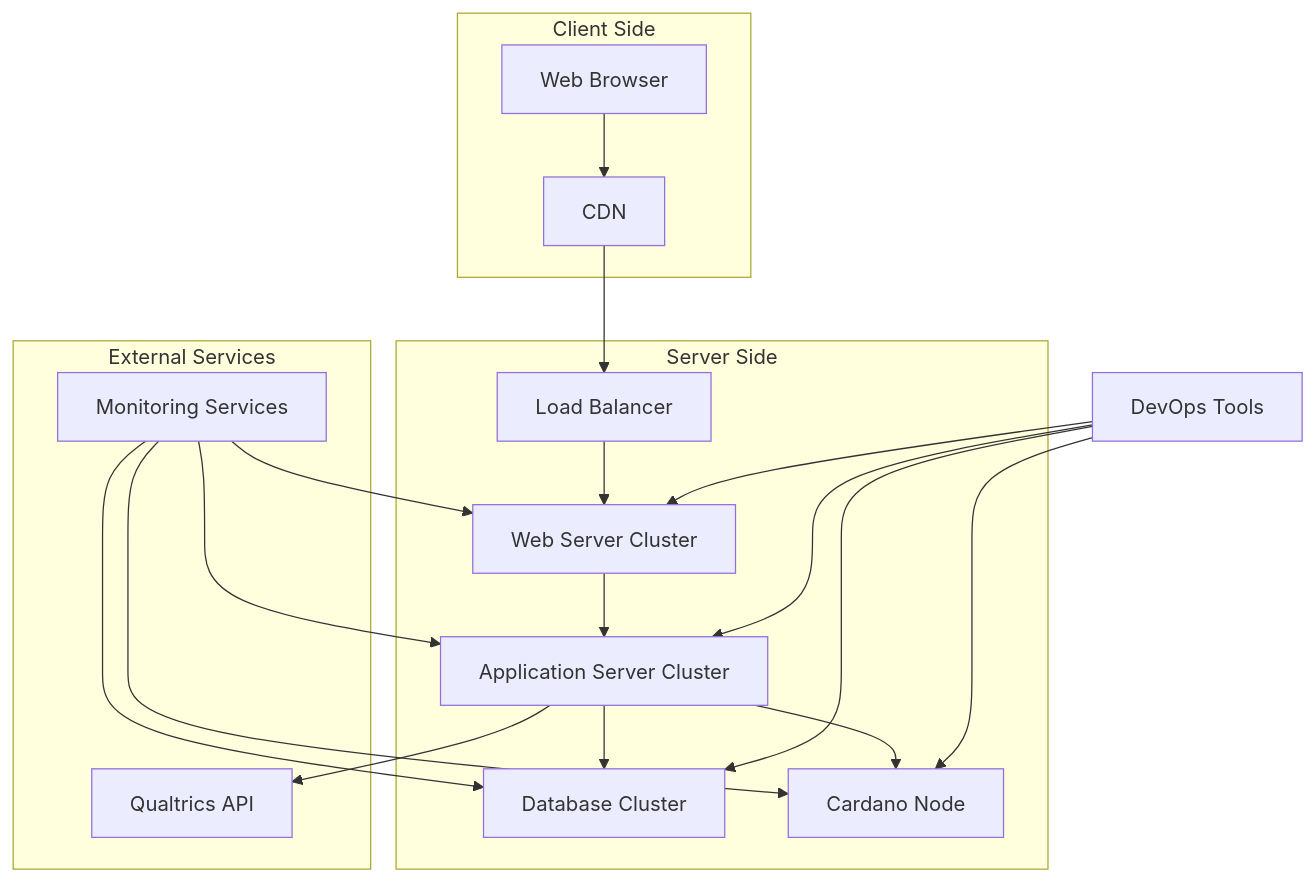
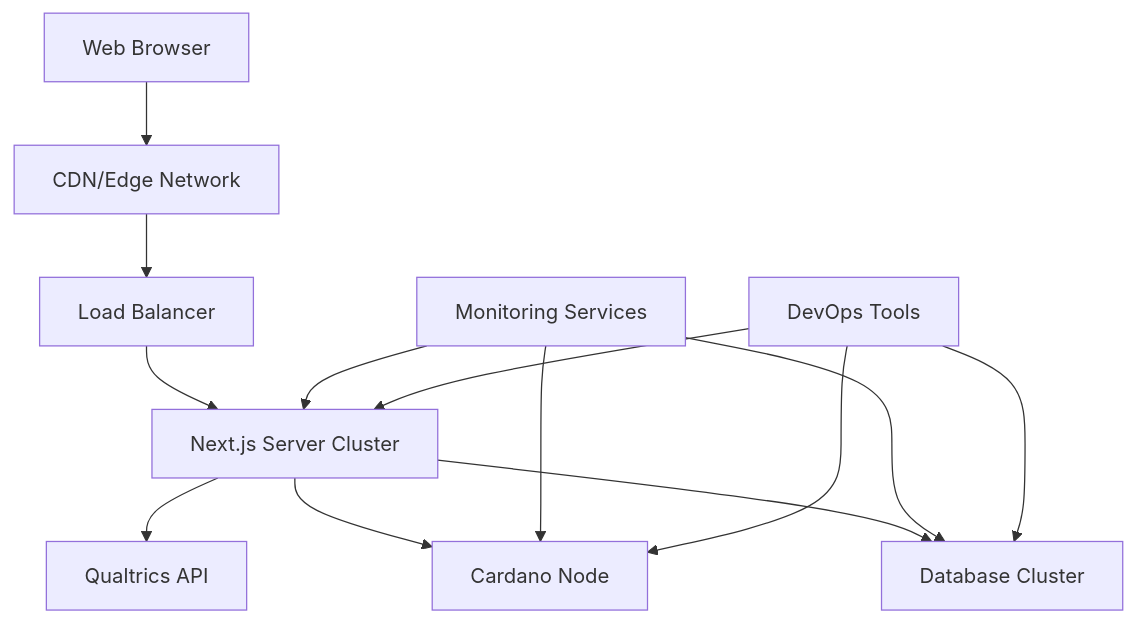
One commit to Qualdano/qualdano-architecture changed the tenth of 15 diagrams in DIAGRAMS.md. Above: the diagram before and after it, drawn with Mermaid. The commit also changed 1 other file, not shown here.

Commit message:
updated deployment architecture

````diff
--- a/DIAGRAMS.md
+++ b/DIAGRAMS.md
@@ -208,24 +208,15 @@
 ```mermaid
 graph TD
-    subgraph "Client Side"
-        A[Web Browser] --> B[CDN]
-    end
-    subgraph "Server Side"
-        B --> C[Load Balancer]
-        C --> D[Web Server Cluster]
-        D --> E[Application Server Cluster]
-        E --> F[Database Cluster]
-        E --> G[Cardano Node]
-    end
-    subgraph "External Services"
-        E --> H[Qualtrics API]
-        I[Monitoring Services] --> D
-        I --> E
-        I --> F
-        I --> G
-    end
-    J[DevOps Tools] --> D
-    J --> E
-    J --> F
-    J --> G
+    A[Web Browser] --> B[CDN/Edge Network]
+    B --> C[Load Balancer]
+    C --> D[Next.js Server Cluster]
+    D --> E[Database Cluster]
+    D --> F[Cardano Node]
+    D --> G[Qualtrics API]
+    H[Monitoring Services] --> D
+    H --> E
+    H --> F
+    I[DevOps Tools] --> D
+    I --> E
+    I --> F
 ```
````
